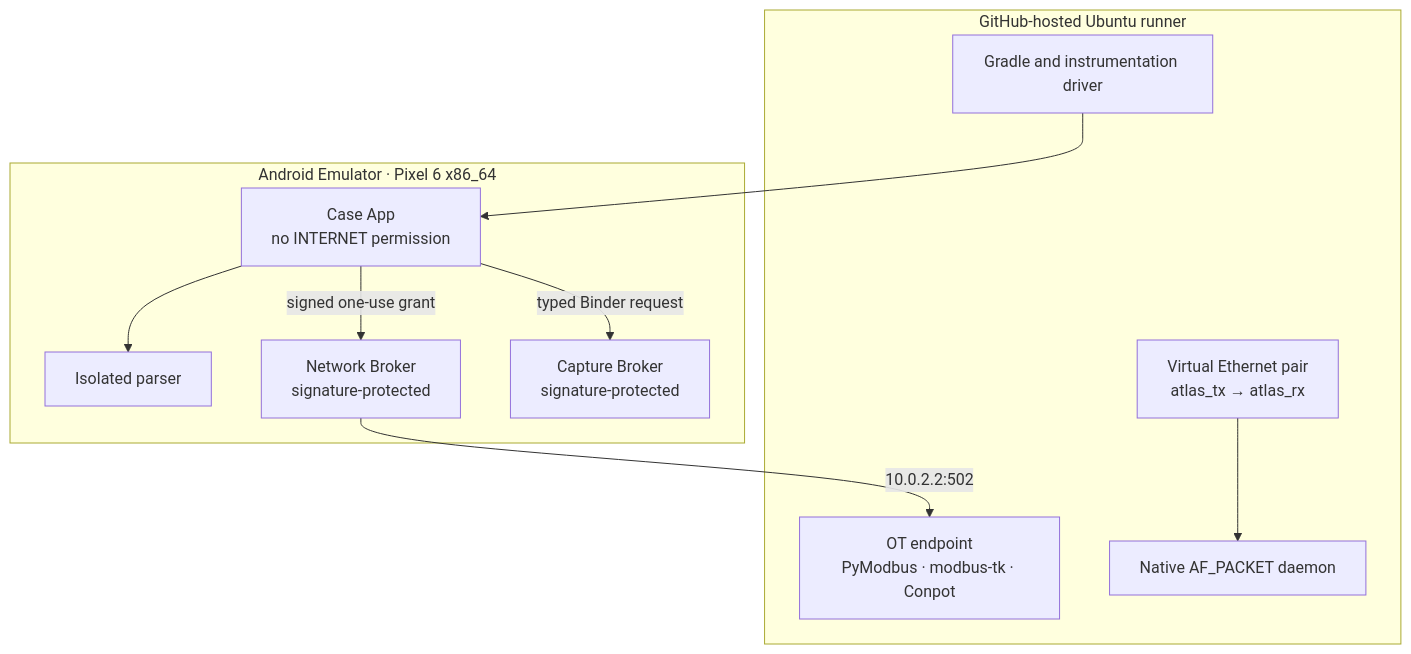
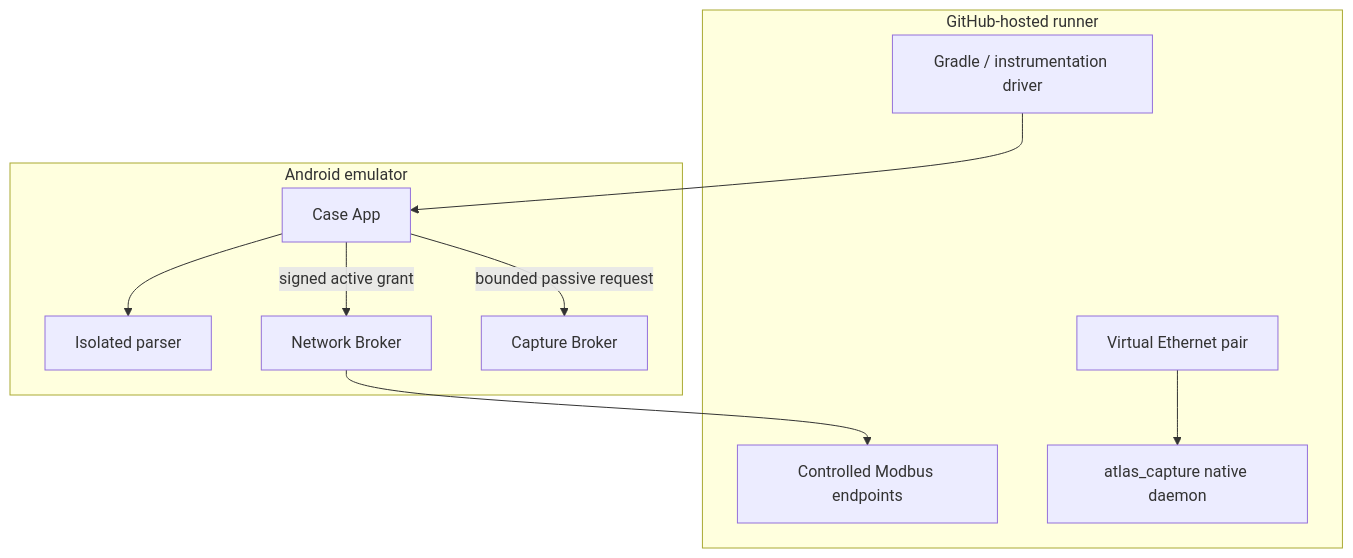
Before and after one commit to charifmahmoudi/mobile-ot-security-assessment: the diagram in docs/testing/E2E-ACCEPTANCE.md, drawn with Mermaid. The commit also changed other lines of this file and 37 other files, not shown here.

````diff
--- a/docs/testing/E2E-ACCEPTANCE.md
+++ b/docs/testing/E2E-ACCEPTANCE.md
@@ -9,23 +9,23 @@
 ```mermaid
 flowchart TB
-  subgraph RUNNER["GitHub-hosted Ubuntu runner"]
-    TEST["Gradle and instrumentation driver"]
-    OT["OT endpoint<br/>PyModbus · modbus-tk · Conpot"]
-    VETH["Virtual Ethernet pair<br/>atlas_tx → atlas_rx"]
-    DAEMON["Native AF_PACKET daemon"]
+  subgraph RUNNER["GitHub-hosted runner"]
+    TEST["Gradle / instrumentation driver"]
+    OT["Controlled Modbus endpoints"]
+    VETH["Virtual Ethernet pair"]
+    DAEMON["atlas_capture native daemon"]
   end
 
-  subgraph AVD["Android Emulator · Pixel 6 x86_64"]
-    CASE["Case App<br/>no INTERNET permission"]
+  subgraph AVD["Android emulator"]
+    CASE["Case App"]
     PARSER["Isolated parser"]
-    NET["Network Broker<br/>signature-protected"]
-    CAP["Capture Broker<br/>signature-protected"]
+    NET["Network Broker"]
+    CAP["Capture Broker"]
   end
 
   TEST --> CASE
   CASE --> PARSER
-  CASE -->|"typed Binder request"| CAP
-  CASE -->|"signed one-use grant"| NET
-  NET -->|"10.0.2.2:502"| OT
+  CASE -->|"bounded passive request"| CAP
+  CASE -->|"signed active grant"| NET
+  NET --> OT
   VETH --> DAEMON
 ```
````
